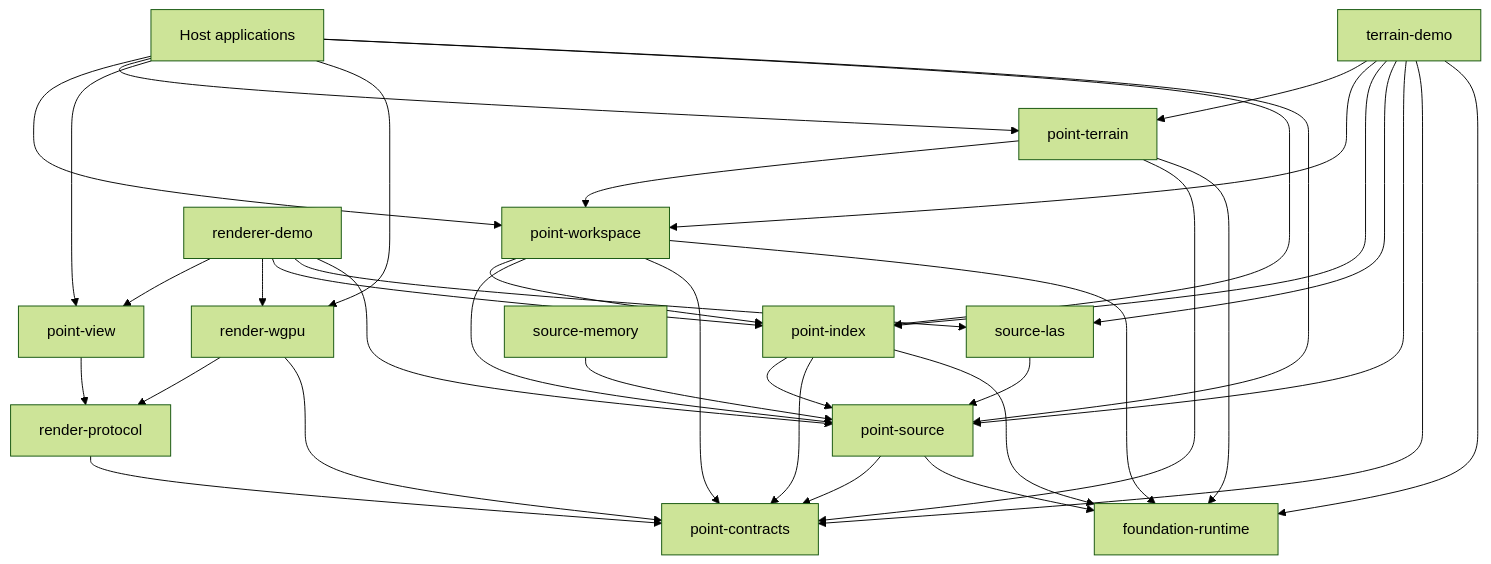
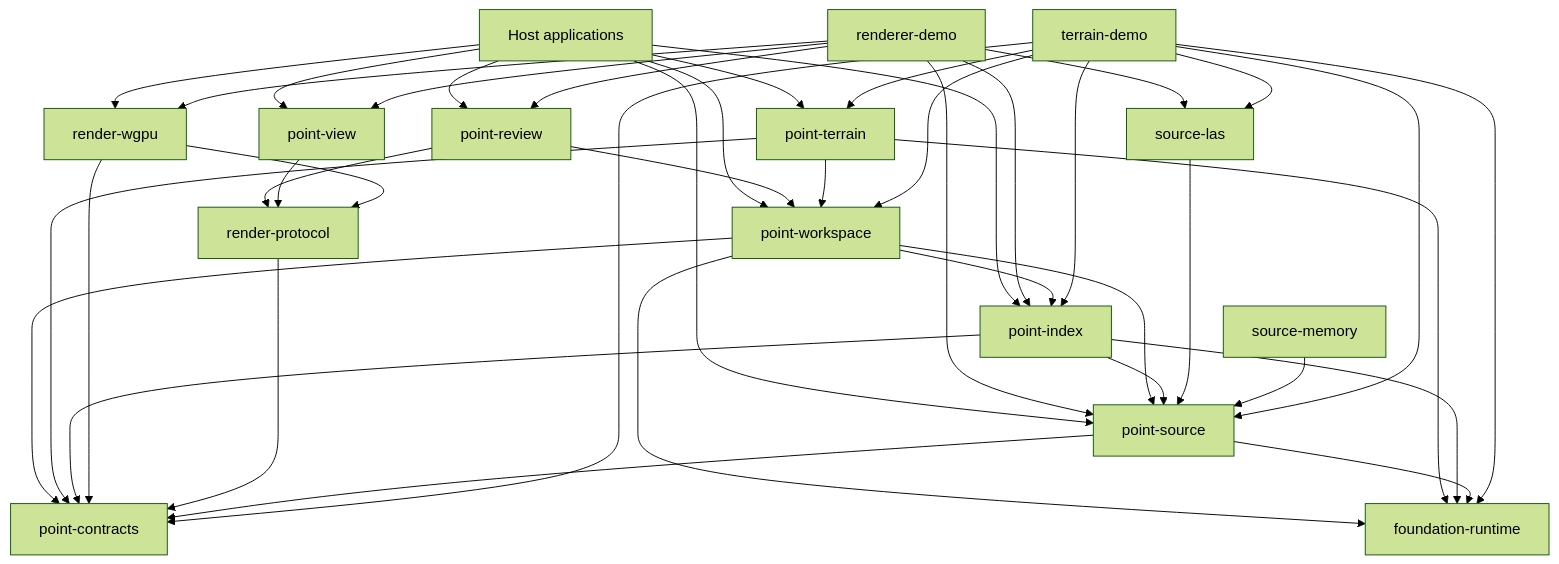
The diagram in docs/architecture/README.md (xxibcill/punctra), drawn with Mermaid (forest theme) before and after one commit. The commit also changed other lines of this file and 34 other files, not shown here.

```diff
--- a/docs/architecture/README.md
+++ b/docs/architecture/README.md
@@ -38,46 +41,51 @@
 ~~~mermaid
 flowchart TD
     APP["Host applications"] --> WS["point-workspace"]
+    APP --> REV["point-review"]
     APP --> TER["point-terrain"]
     APP --> VIEW["point-view"]
     APP --> RW["render-wgpu"]
     APP --> IDX["point-index"]
     APP --> SRC["point-source"]
 
     RDEMO["renderer-demo"] --> VIEW
     RDEMO --> RW
+    RDEMO --> REV
     RDEMO --> IDX
     RDEMO --> LAS
     RDEMO --> SRC
 
     WS --> IDX
     WS --> SRC
     WS --> CT["point-contracts"]
     WS --> RT["foundation-runtime"]
+
+    REV --> WS
+    REV --> RP["render-protocol"]
 
     TER --> WS
     TER --> CT
     TER --> RT
 
     IDX --> SRC
     IDX --> CT
     IDX --> RT
 
     VIEW --> RP["render-protocol"]
     RW --> RP
     RW --> CT
     RP --> CT
 
     SRC --> CT
     SRC --> RT
     LAS["source-las"] --> SRC
     MEM["source-memory"] --> SRC
 
     TDEMO["terrain-demo"] --> TER
     TDEMO --> WS
     TDEMO --> IDX
     TDEMO --> LAS
     TDEMO --> SRC
     TDEMO --> CT
     TDEMO --> RT
 ~~~
```
